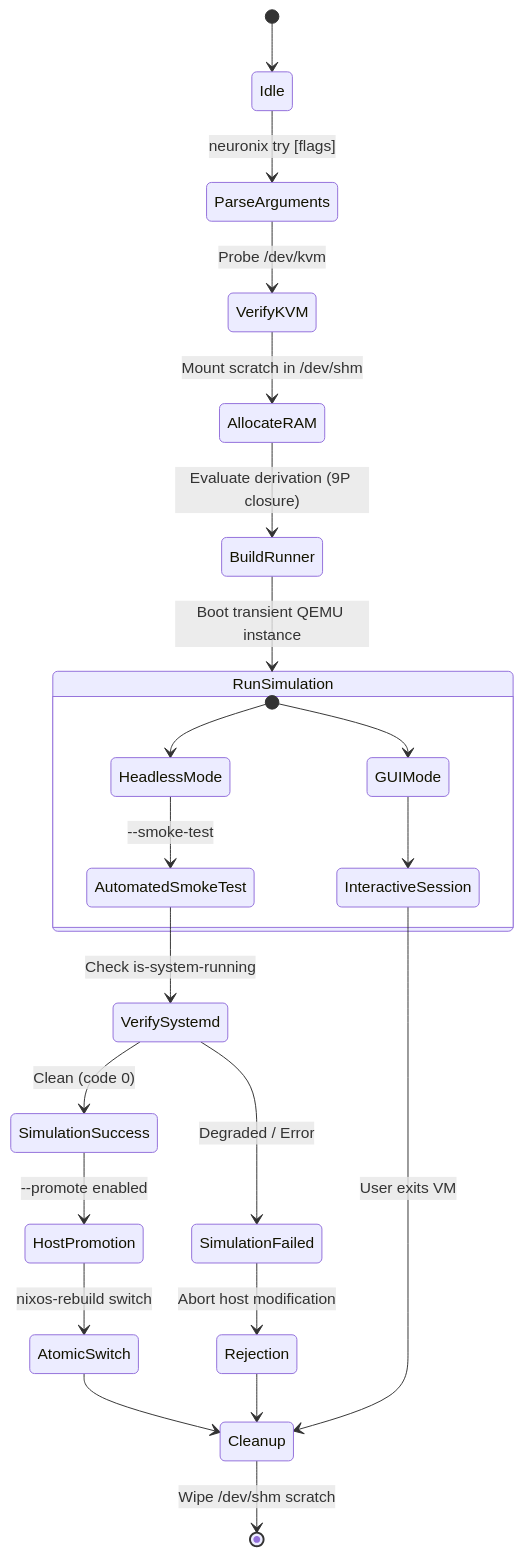
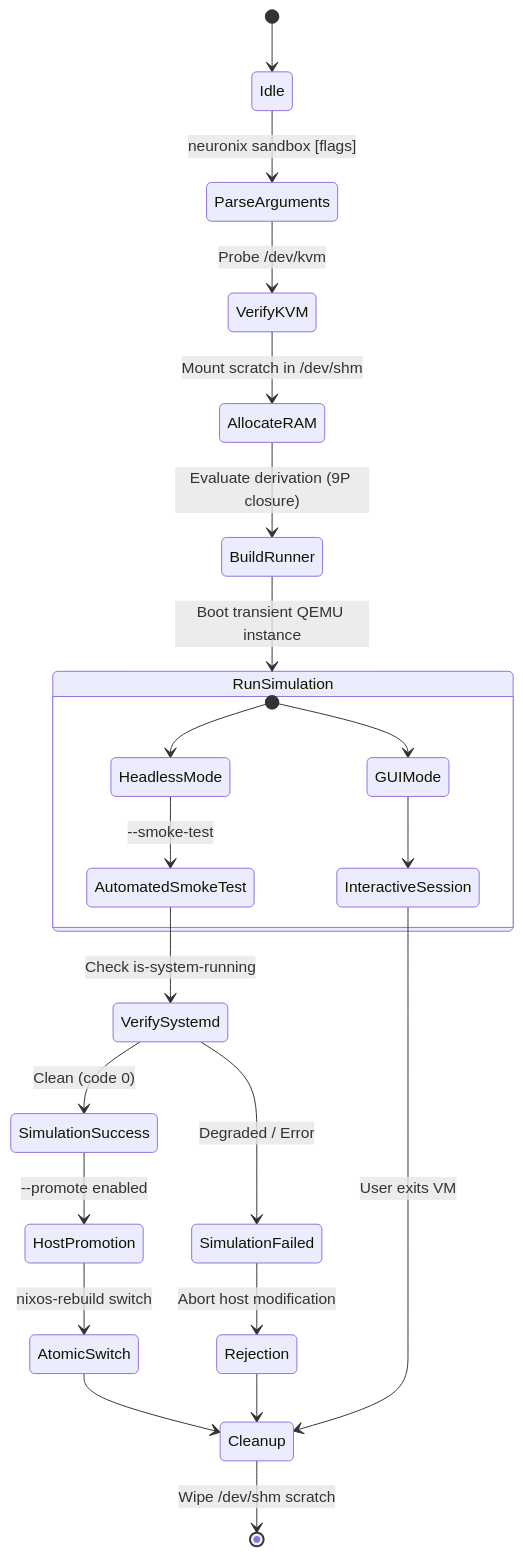
The diagram in docs/shadow_vm_architecture.md (adamriofc/NeuronixOS), drawn with Mermaid before and after one commit. The commit also changed other lines of this file and 20 other files, not shown here.

Commit message:
docs(audit): harmonize nomenclature making neuronix sandbox primary and container distinct

````diff
--- a/docs/shadow_vm_architecture.md
+++ b/docs/shadow_vm_architecture.md
@@ -46,30 +46,30 @@
 ```mermaid
 stateDiagram-v2
     [*] --> Idle
-    Idle --> ParseArguments: neuronix try [flags]
+    Idle --> ParseArguments: neuronix sandbox [flags]
     ParseArguments --> VerifyKVM: Probe /dev/kvm
     VerifyKVM --> AllocateRAM: Mount scratch in /dev/shm
     AllocateRAM --> BuildRunner: Evaluate derivation (9P closure)
     BuildRunner --> RunSimulation: Boot transient QEMU instance
     
     state RunSimulation {
         [*] --> HeadlessMode
         [*] --> GUIMode
         HeadlessMode --> AutomatedSmokeTest: --smoke-test
         GUIMode --> InteractiveSession
     }
     
     AutomatedSmokeTest --> VerifySystemd: Check is-system-running
     VerifySystemd --> SimulationSuccess: Clean (code 0)
     VerifySystemd --> SimulationFailed: Degraded / Error
     
     SimulationSuccess --> HostPromotion: --promote enabled
     HostPromotion --> AtomicSwitch: nixos-rebuild switch
     AtomicSwitch --> Cleanup
     
     SimulationFailed --> Rejection: Abort host modification
     Rejection --> Cleanup
     
     InteractiveSession --> Cleanup: User exits VM
     Cleanup --> [*]: Wipe /dev/shm scratch
 ```
````
